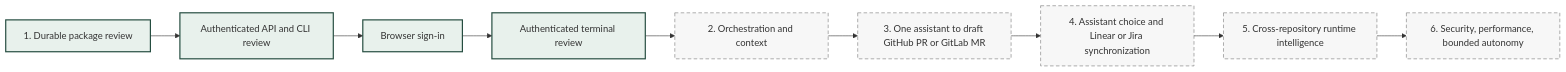
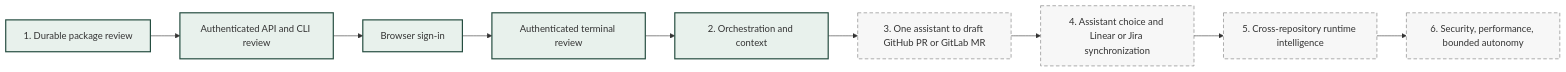
Before and after one commit to phenixrizen/conductor: the fourth of 4 diagrams in docs/architecture/system.md, drawn with Mermaid. The commit also changed other lines of this file and 13 other files, not shown here.

````diff
--- a/docs/architecture/system.md
+++ b/docs/architecture/system.md
@@ -171,16 +178,16 @@
 ```mermaid
 flowchart LR
     M1[1. Durable package review] --> Access[Authenticated API and CLI review]
     Access --> Browser[Browser sign-in]
     Browser --> Terminal[Authenticated terminal review]
     Terminal --> M2[2. Orchestration and context]
     M2 --> M3[3. One assistant to draft GitHub PR or GitLab MR]
     M3 --> M4[4. Assistant choice and Linear or Jira synchronization]
     M4 --> M5[5. Cross-repository runtime intelligence]
     M5 --> M6[6. Security, performance, bounded autonomy]
 
     classDef active fill:#e8f1ec,stroke:#244c3f,stroke-width:2px;
     classDef planned fill:#f7f7f7,stroke:#777,stroke-dasharray:6 4;
-    class M1,Access,Browser,Terminal active;
-    class M2,M3,M4,M5,M6 planned;
+    class M1,Access,Browser,Terminal,M2 active;
+    class M3,M4,M5,M6 planned;
 ```
````
